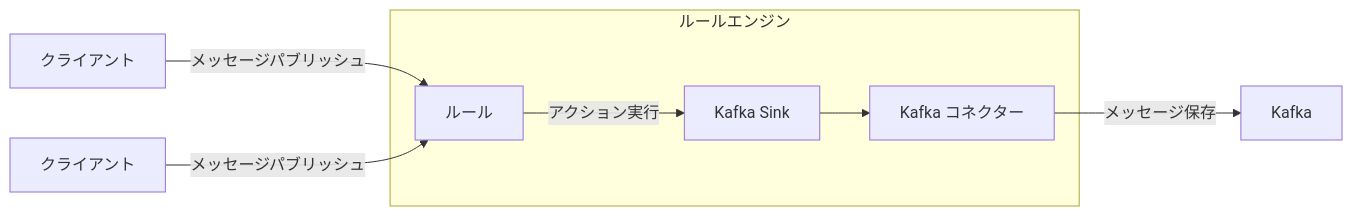
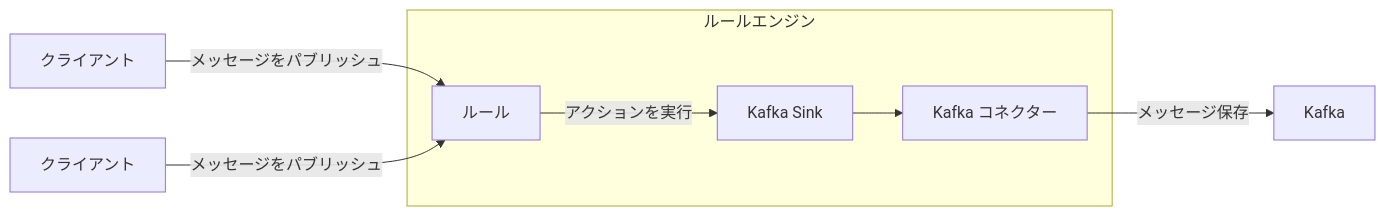
One commit to emqx/emqx-docs changed the first of 2 diagrams in ja_JP/data-integration/data-bridges.md. Above: the diagram before and after it, drawn with Mermaid. The commit also changed other lines of this file and 403 other files, not shown here.

````diff
--- a/ja_JP/data-integration/data-bridges.md
+++ b/ja_JP/data-integration/data-bridges.md
@@ -39,11 +39,11 @@
 ```mermaid
 graph LR
-  A[クライアント] -->|メッセージパブリッシュ| B[ルール]
-  A1[クライアント] --> |メッセージパブリッシュ| B
+  A[クライアント] -->|メッセージをパブリッシュ| B[ルール]
+  A1[クライアント] --> |メッセージをパブリッシュ| B
 
   subgraph ルールエンジン
-    B -->  |アクション実行| C[Kafka Sink] --> D[Kafka コネクター]
+    B -->  |アクションを実行| C[Kafka Sink] --> D[Kafka コネクター]
   end
 
 D -->|メッセージ保存| E[Kafka]
 ```
````
